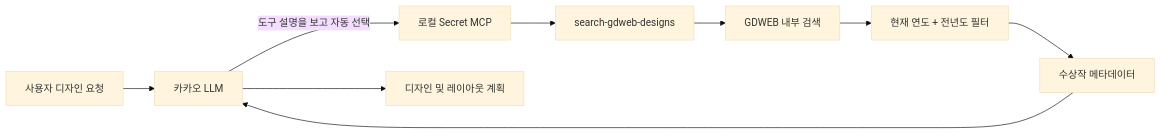
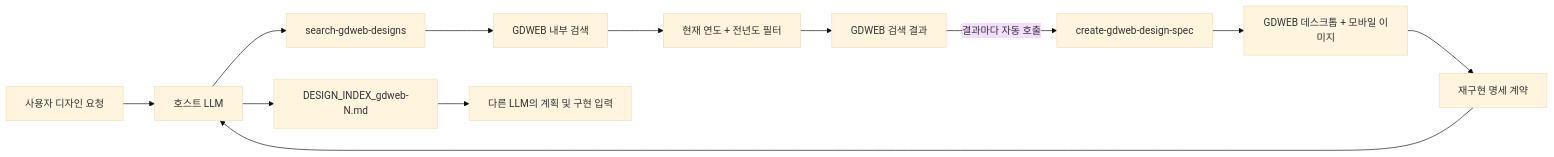
The first of 2 diagrams in README.md (yyeongjin/secret_mcp), drawn with Mermaid (base theme) before and after one commit. The commit also changed other lines of this file and 4 other files, not shown here.

Commit message:
Add per-result GDWEB design specifications

````diff
--- a/README.md
+++ b/README.md
@@ -17,11 +19,14 @@
 ```mermaid
 flowchart LR
-    User["사용자 디자인 요청"] --> LLM["카카오 LLM"]
-    LLM -->|"도구 설명을 보고 자동 선택"| MCP["로컬 Secret MCP"]
-    MCP --> DesignTool["search-gdweb-designs"]
-    DesignTool --> GdwebSearch["GDWEB 내부 검색"]
-    GdwebSearch --> Freshness["현재 연도 + 전년도 필터"]
-    Freshness --> Metadata["수상작 메타데이터"]
-    Metadata --> LLM
-    LLM --> Plan["디자인 및 레이아웃 계획"]
+    User["사용자 디자인 요청"] --> LLM["호스트 LLM"]
+    LLM --> Search["search-gdweb-designs"]
+    Search --> Internal["GDWEB 내부 검색"]
+    Internal --> Filter["현재 연도 + 전년도 필터"]
+    Filter --> Results["GDWEB 검색 결과"]
+    Results -->|"결과마다 자동 호출"| Spec["create-gdweb-design-spec"]
+    Spec --> Images["GDWEB 데스크톱 + 모바일 이미지"]
+    Images --> Contract["재구현 명세 계약"]
+    Contract --> LLM
+    LLM --> Docs["DESIGN_INDEX_gdweb-N.md"]
+    Docs --> Build["다른 LLM의 계획 및 구현 입력"]
 ```
````
